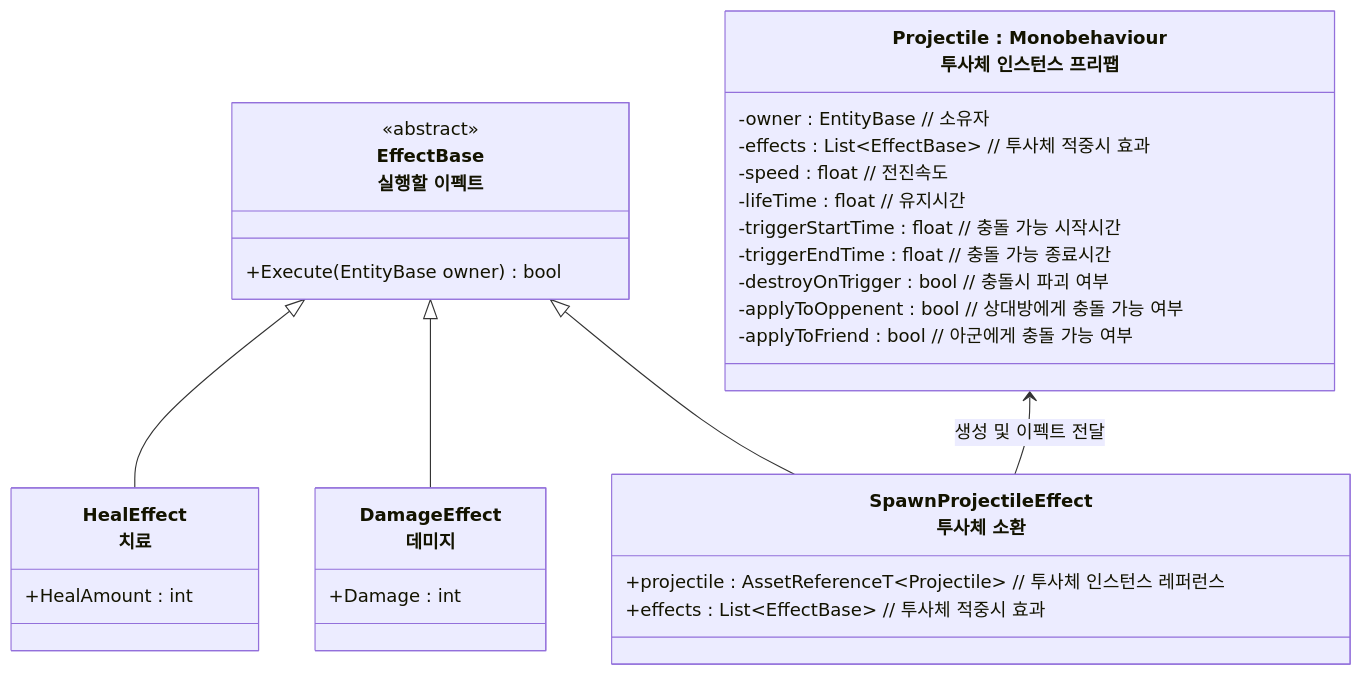
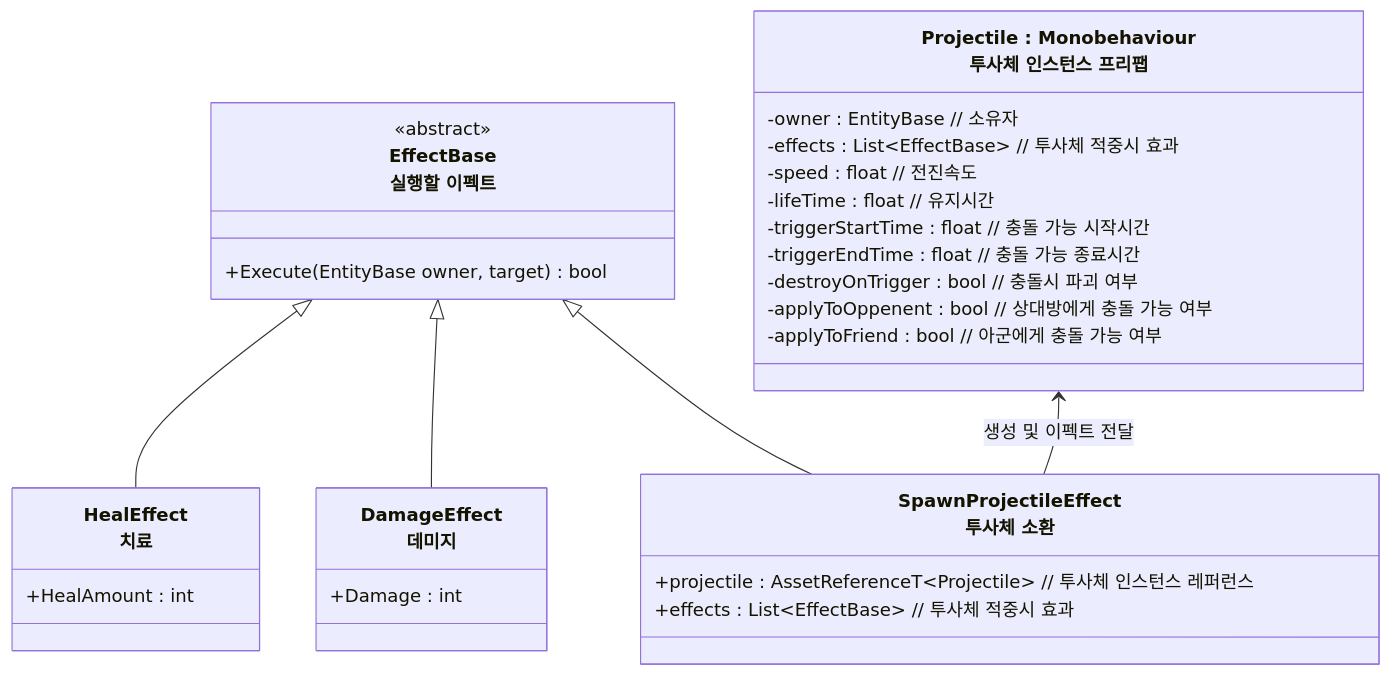
Before and after one commit to JIN5EOK/DungeonShooter: the second of 2 diagrams in Assets/_README/스킬시스템_설계.md, drawn with Mermaid. The commit also changed other lines of this file and 13 other files, not shown here.

````diff
--- a/Assets/_README/스킬시스템_설계.md
+++ b/Assets/_README/스킬시스템_설계.md
@@ -43,37 +43,37 @@
 ```mermaid
 classDiagram
     class EffectBase["EffectBase<br>실행할 이펙트"]{
         <<abstract>>
-        +Execute(EntityBase owner) bool
+        +Execute(EntityBase owner, target) bool
     }
 
     class DamageEffect["DamageEffect<br>데미지"]{
         +Damage : int
     }
 
     class HealEffect["HealEffect<br>치료"]{
         +HealAmount : int
     }
 
     class SpawnProjectileEffect["SpawnProjectileEffect<br>투사체 소환"]{
         +projectile : AssetReferenceT~Projectile~ // 투사체 인스턴스 레퍼런스
         +effects : List~EffectBase~ // 투사체 적중시 효과
     }
     
     class Projectile["Projectile : Monobehaviour<br>투사체 인스턴스 프리팹"]{
         -owner : EntityBase // 소유자
         -effects : List~EffectBase~ // 투사체 적중시 효과
         -speed : float // 전진속도
         -lifeTime : float // 유지시간
         -triggerStartTime : float // 충돌 가능 시작시간
         -triggerEndTime : float // 충돌 가능 종료시간
         -destroyOnTrigger : bool // 충돌시 파괴 여부
         -applyToOppenent : bool // 상대방에게 충돌 가능 여부
         -applyToFriend : bool // 아군에게 충돌 가능 여부
     }
 
     EffectBase <|-- HealEffect
     EffectBase <|-- DamageEffect
     EffectBase <|-- SpawnProjectileEffect
     Projectile <-- SpawnProjectileEffect : 생성 및 이펙트 전달
 ```
````
